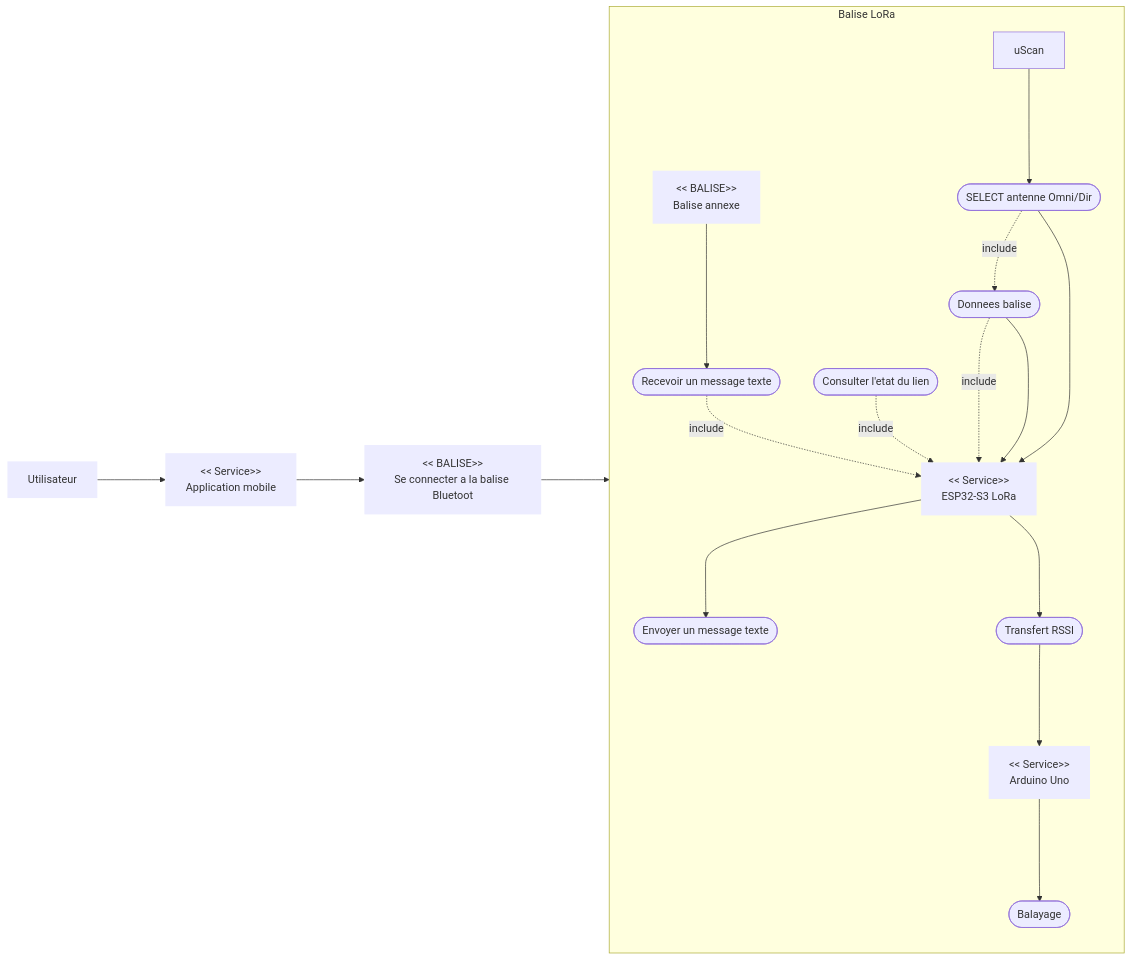
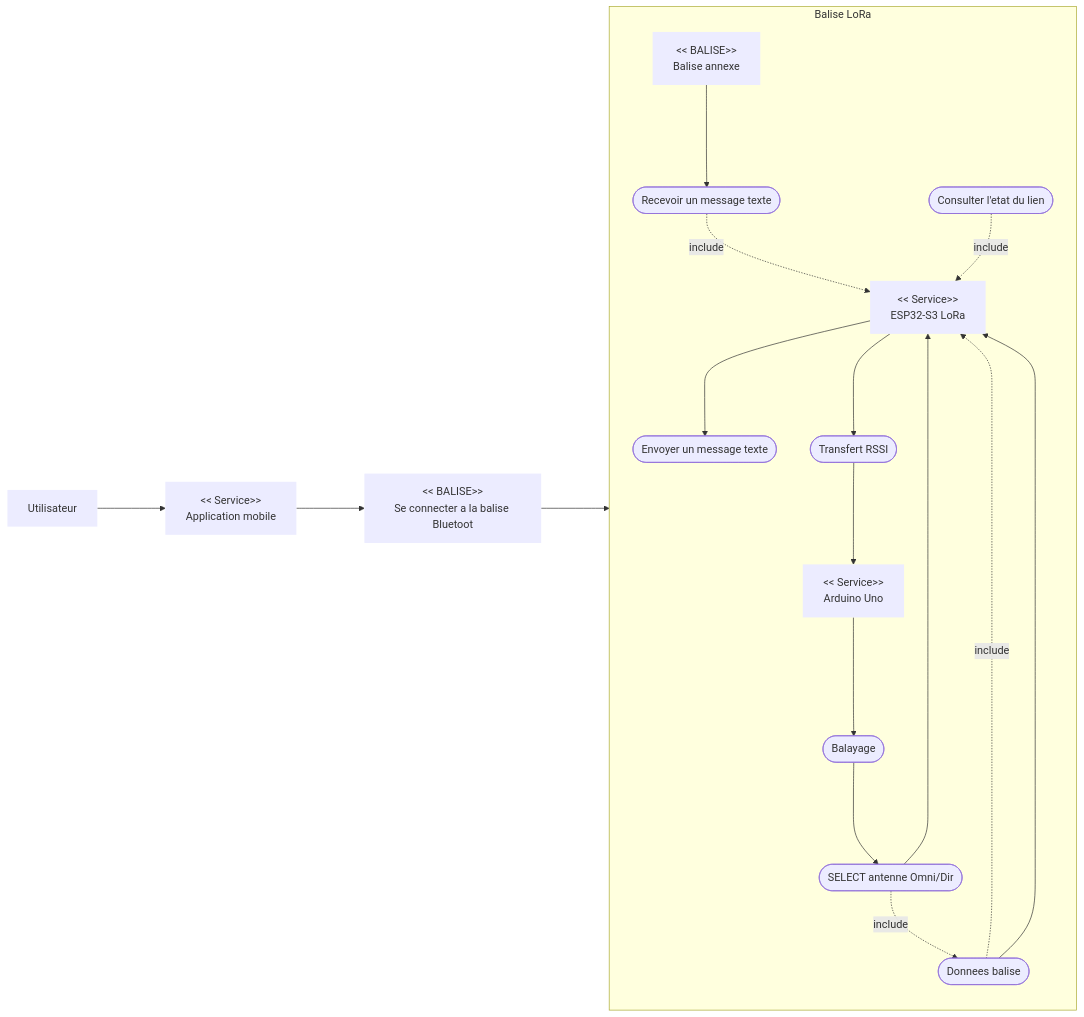
The first of 7 diagrams in Diagrammes_SysML_Projet_LoRa.md (SHU445/Projet-LoRa-72h), drawn with Mermaid before and after one commit.

Commit message:
"CorrectUseCase4.5"

````diff
--- a/Diagrammes_SysML_Projet_LoRa.md
+++ b/Diagrammes_SysML_Projet_LoRa.md
@@ -12,41 +12,41 @@
 ```mermaid
 flowchart LR
   rU["Utilisateur"]:::role
   rAPP["<< Service>>\nApplication mobile"]:::role
   rESP["<< Service>>\nESP32-S3 LoRa"]:::role
   rARD["<< Service>>\nArduino Uno"]:::role
   rCONN["<< BALISE>>\nSe connecter a la balise Bluetoot"]:::role
 
   rOTB["<< BALISE>>\nBalise annexe"]:::role
 
   subgraph S["Balise LoRa"]
     direction TB
     ucSend([Envoyer un message texte])
     ucReceive([Recevoir un message texte])
     ucStatus([Consulter l'etat du lien])
     ucData([Donnees balise])
     ucSelectAntenna([SELECT antenne Omni/Dir])
     ucScan([Balayage])
     ucRssi([Transfert RSSI])
 
     rESP ---> ucSend
     ucReceive -. include .-> rESP
     ucStatus -. include .-> rESP
     ucData -. include .-> rESP
     ucSelectAntenna -. include .-> ucData
-    uScan ---> ucSelectAntenna
+    ucScan ---> ucSelectAntenna
     rESP ---> ucRssi ---> rARD
     rOTB ---> ucReceive
   end
 
   rU ---> rAPP
   rAPP ---> rCONN
   rCONN ---> rESP
 
   ucData ---> rESP
   ucSelectAntenna ---> rESP
 
   rARD ---> ucScan
 
   classDef role stroke-width:0px;
 ```
````
